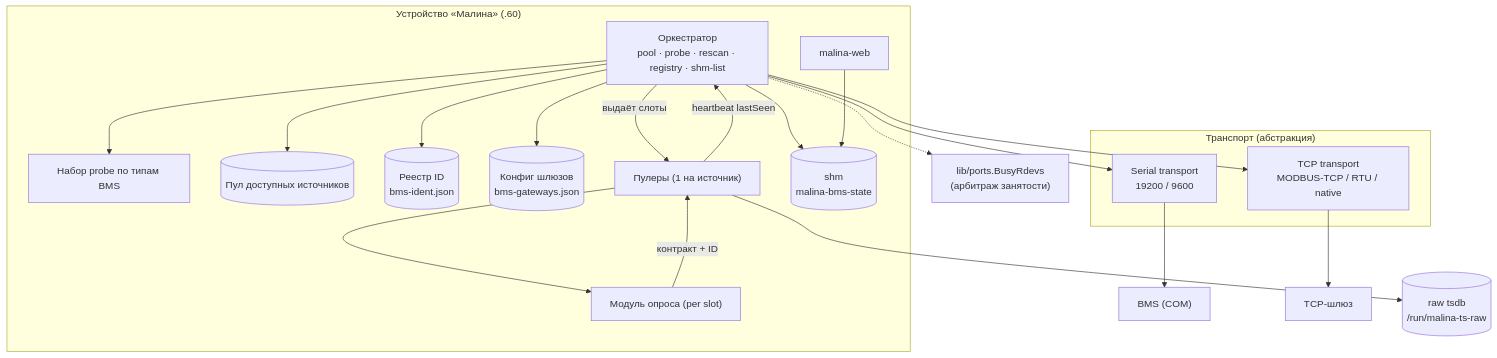
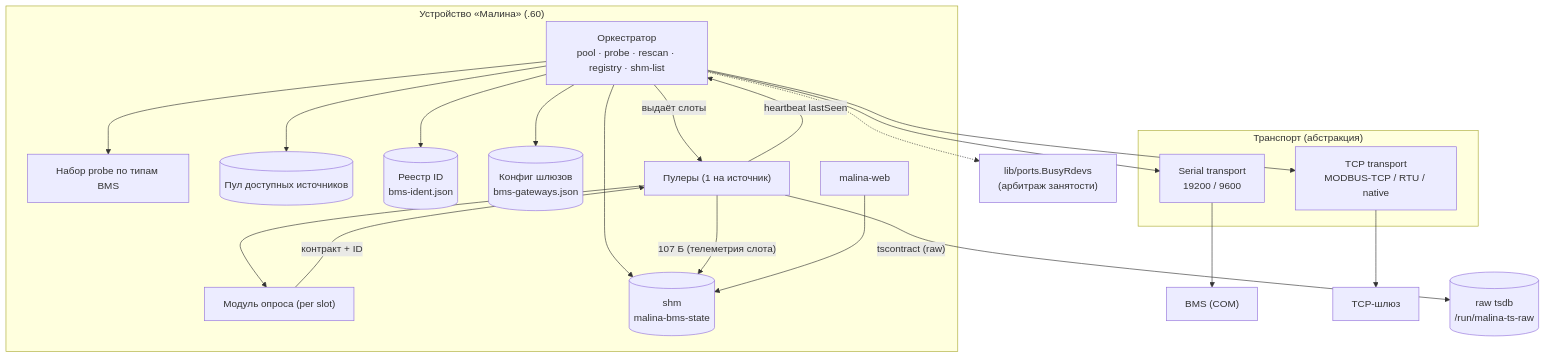
One commit to galiy/malina-26 changed the first of 11 diagrams in docs/bms-reader-arch.md. Above: the diagram before and after it, drawn with Mermaid. The commit also changed other lines of this file, not shown here.

Commit message:
Малина-26: архитектура BMS-Receiver — пулер публикует телеметрию в shm (107 Б) и в raw (tscontract); §3/§12/§14

````diff
--- a/docs/bms-reader-arch.md
+++ b/docs/bms-reader-arch.md
@@ -73,44 +73,45 @@
 ```mermaid
 flowchart TB
   subgraph PI["Устройство «Малина» (.60)"]
     ORCH["Оркестратор<br/>pool · probe · rescan · registry · shm-list"]
     PROBES["Набор probe по типам BMS"]
     POOL[("Пул доступных источников")]
     REG[("Реестр ID<br/>bms-ident.json")]
     GWCFG[("Конфиг шлюзов<br/>bms-gateways.json")]
     PULLER["Пулеры (1 на источник)"]
     MOD["Модуль опроса (per slot)"]
     SHM[("shm<br/>malina-bms-state")]
     WEB["malina-web"]
   end
 
   subgraph TRANS["Транспорт (абстракция)"]
     SER["Serial transport<br/>19200 / 9600"]
     TCPT["TCP transport<br/>MODBUS-TCP / RTU / native"]
   end
 
   DEV1["BMS (COM)"]
   GW["TCP-шлюз"]
 
   RAWT[("raw tsdb<br/>/run/malina-ts-raw")]
   BUSY["lib/ports.BusyRdevs<br/>(арбитраж занятости)"]
 
   ORCH --> PROBES
   ORCH --> POOL
   ORCH --> REG
   ORCH --> GWCFG
   ORCH --> SHM
   ORCH --> SER
   ORCH --> TCPT
   ORCH -.-> BUSY
   SER --> DEV1
   TCPT --> GW
 
   ORCH -->|"выдаёт слоты"| PULLER
   PULLER --> MOD
   MOD -->|"контракт + ID"| PULLER
   PULLER -->|"heartbeat lastSeen"| ORCH
-  PULLER --> RAWT
+  PULLER -->|"107 Б (телеметрия слота)"| SHM
+  PULLER -->|"tscontract (raw)"| RAWT
 
   WEB --> SHM
 ```
````
